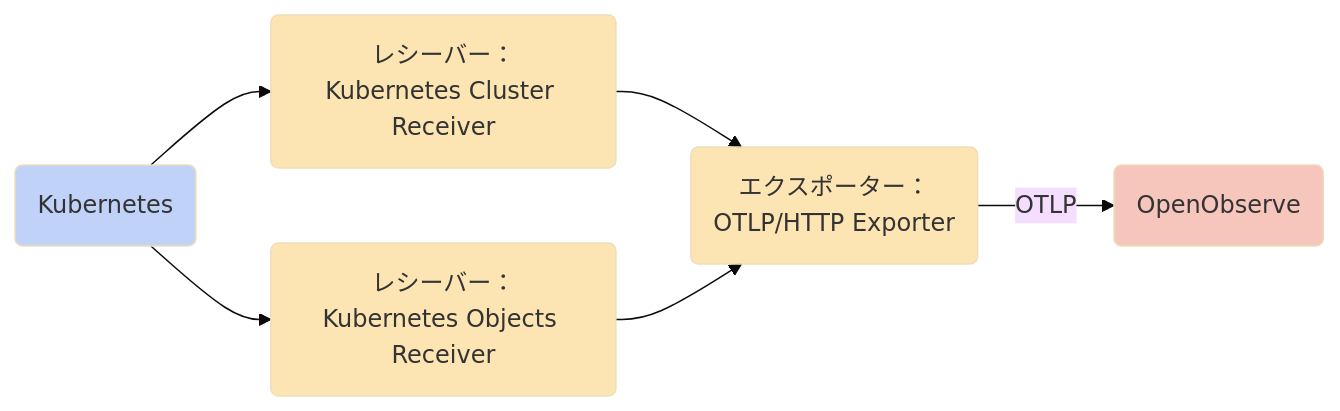
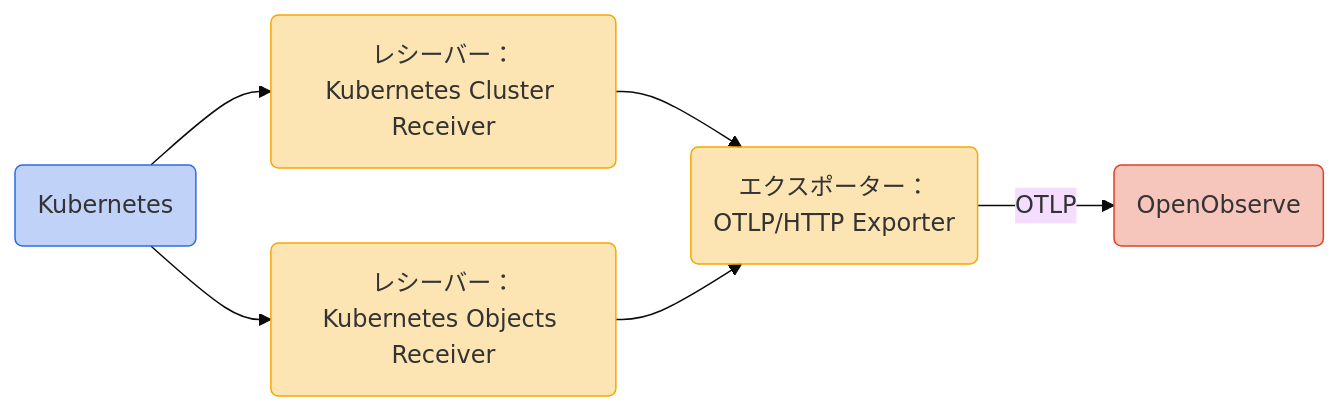
One commit to keisukesakasai/zenn-content changed the diagram in articles/opentelemetry-and-openobserve-on-k8s.md. Above: the diagram before and after it, drawn with Mermaid (base theme). The commit also changed other lines of this file, not shown here.

````diff
--- a/articles/opentelemetry-and-openobserve-on-k8s.md
+++ b/articles/opentelemetry-and-openobserve-on-k8s.md
@@ -38,11 +34,11 @@
 ```mermaid
 graph LR
-    classDef class1 fill:#2E6CE6,fill-opacity:0.3
-    classDef class2 fill:#F5A800,fill-opacity:0.3
-    classDef class3 fill:#E14123,fill-opacity:0.3
+    classDef class1 fill:#2E6CE6,fill-opacity:0.3,stroke:#2E6CE6
+    classDef class2 fill:#F5A800,fill-opacity:0.3,stroke:#F5A800
+    classDef class3 fill:#E14123,fill-opacity:0.3,stroke:#E14123
     A(Kubernetes):::class1
     A --> B(レシーバー：\nKubernetes Cluster Receiver):::class2 --> D
     A --> C(レシーバー：\nKubernetes Objects Receiver):::class2 --> D
     D(エクスポーター：\nOTLP/HTTP Exporter):::class2 --> |OTLP|E
     E(OpenObserve):::class3
 ```
````
